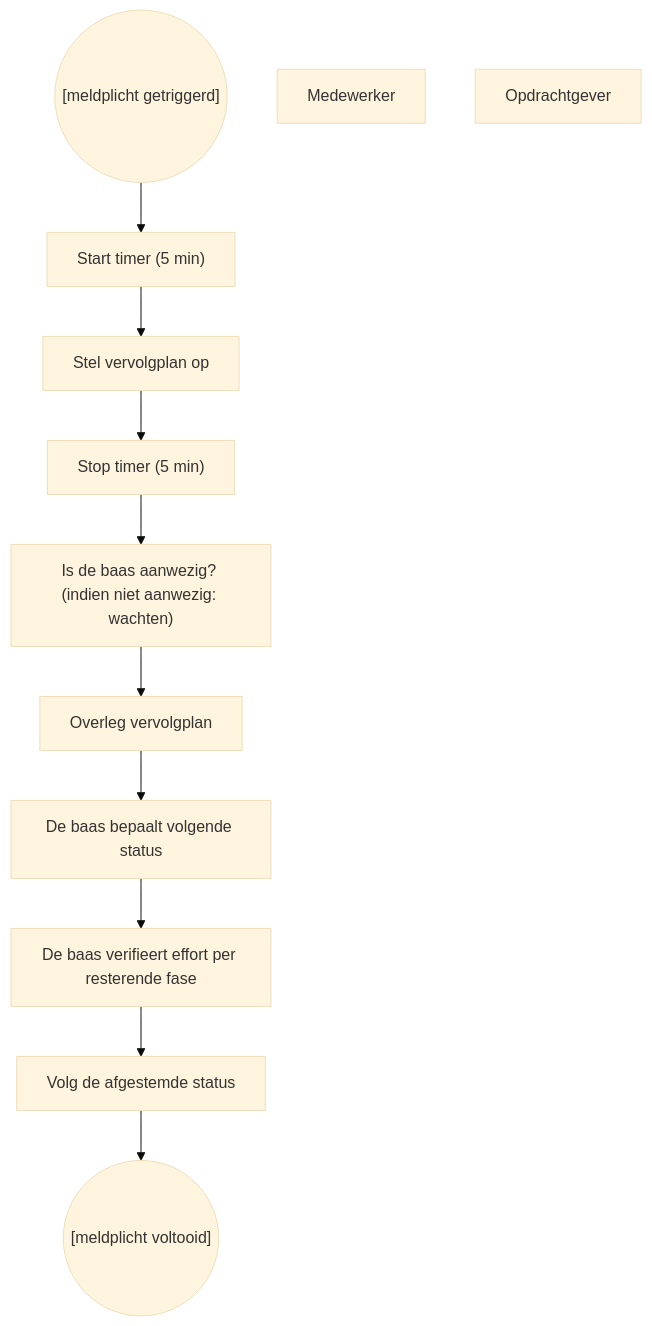
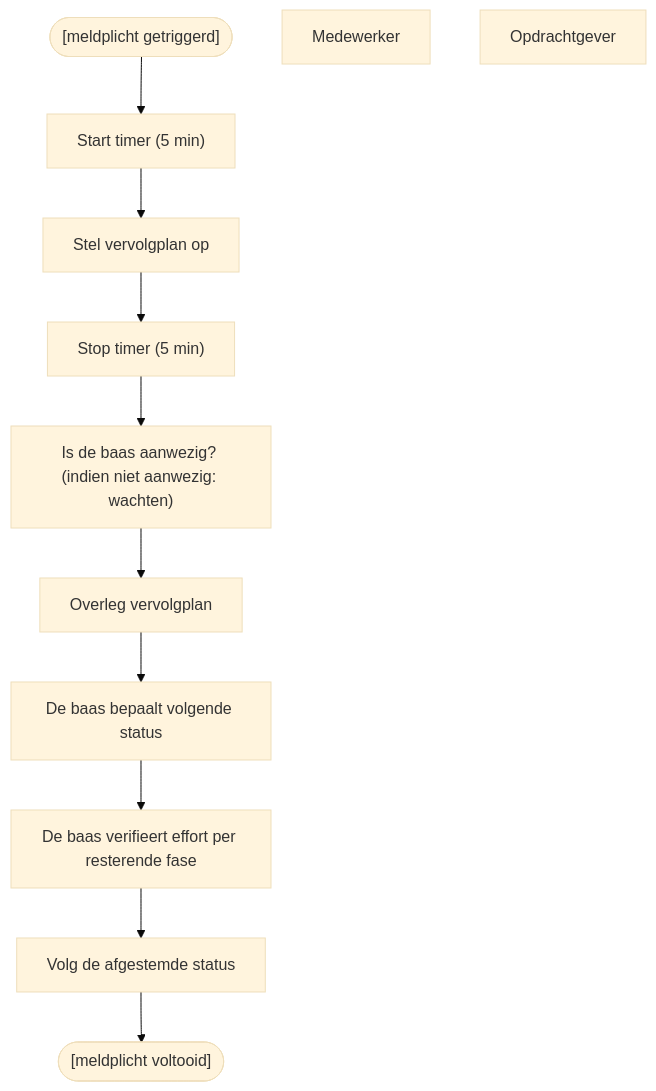
Before and after one commit to Zaibatsu89/IssueTracker: the diagram in 9 Issue Tracker meldplicht.mermaid, drawn with Mermaid (base theme). The commit also changed 12 other files, not shown here.

Commit message:
Added support for both BPMN and standard flowchart shapes

```diff
--- a/9 Issue Tracker meldplicht.mermaid
+++ b/9 Issue Tracker meldplicht.mermaid
@@ -1,22 +1,22 @@
-graph TD
-    bpmn_start_event(("[meldplicht getriggerd]"))
+flowchart TD
+    bpmn_start_event(["[meldplicht getriggerd]"])
     bpmn_task_start_timer["Start timer (5 min)"]
     bpmn_task_stel_plan_op["Stel vervolgplan op"]
     bpmn_task_stop_timer["Stop timer (5 min)"]
     bpmn_task_baas_aanwezig["Is de baas aanwezig? (indien niet aanwezig: wachten)"]
     bpmn_task_overleg["Overleg vervolgplan"]
     bpmn_task_status["De baas bepaalt volgende status"]
     bpmn_task_effort["De baas verifieert effort per resterende fase"]
     bpmn_task_volg_status["Volg de afgestemde status"]
-    bpmn_end_event(("[meldplicht voltooid]"))
+    bpmn_end_event(["[meldplicht voltooid]"])
     mIc6XLMKuAxiAPNymMe0-20["Medewerker"]
     mIc6XLMKuAxiAPNymMe0-21["Opdrachtgever"]
     bpmn_start_event --> bpmn_task_start_timer
     bpmn_task_start_timer --> bpmn_task_stel_plan_op
     bpmn_task_stel_plan_op --> bpmn_task_stop_timer
     bpmn_task_stop_timer --> bpmn_task_baas_aanwezig
     bpmn_task_baas_aanwezig --> bpmn_task_overleg
     bpmn_task_overleg --> bpmn_task_status
     bpmn_task_status --> bpmn_task_effort
     bpmn_task_effort --> bpmn_task_volg_status
     bpmn_task_volg_status --> bpmn_end_event
```
